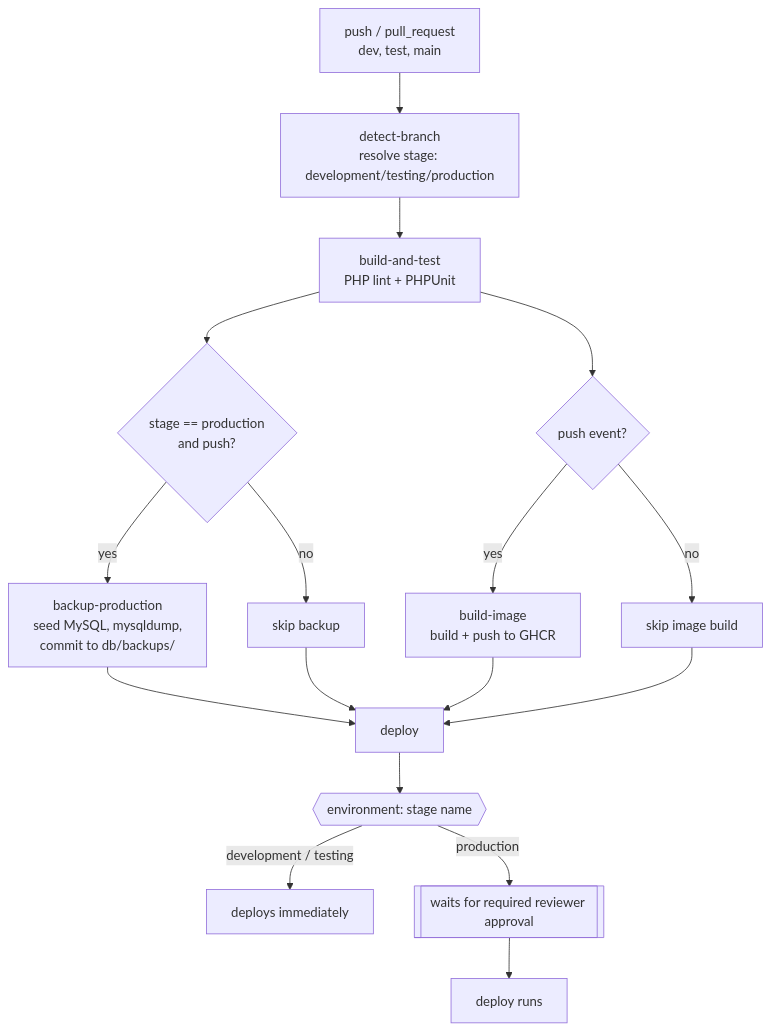
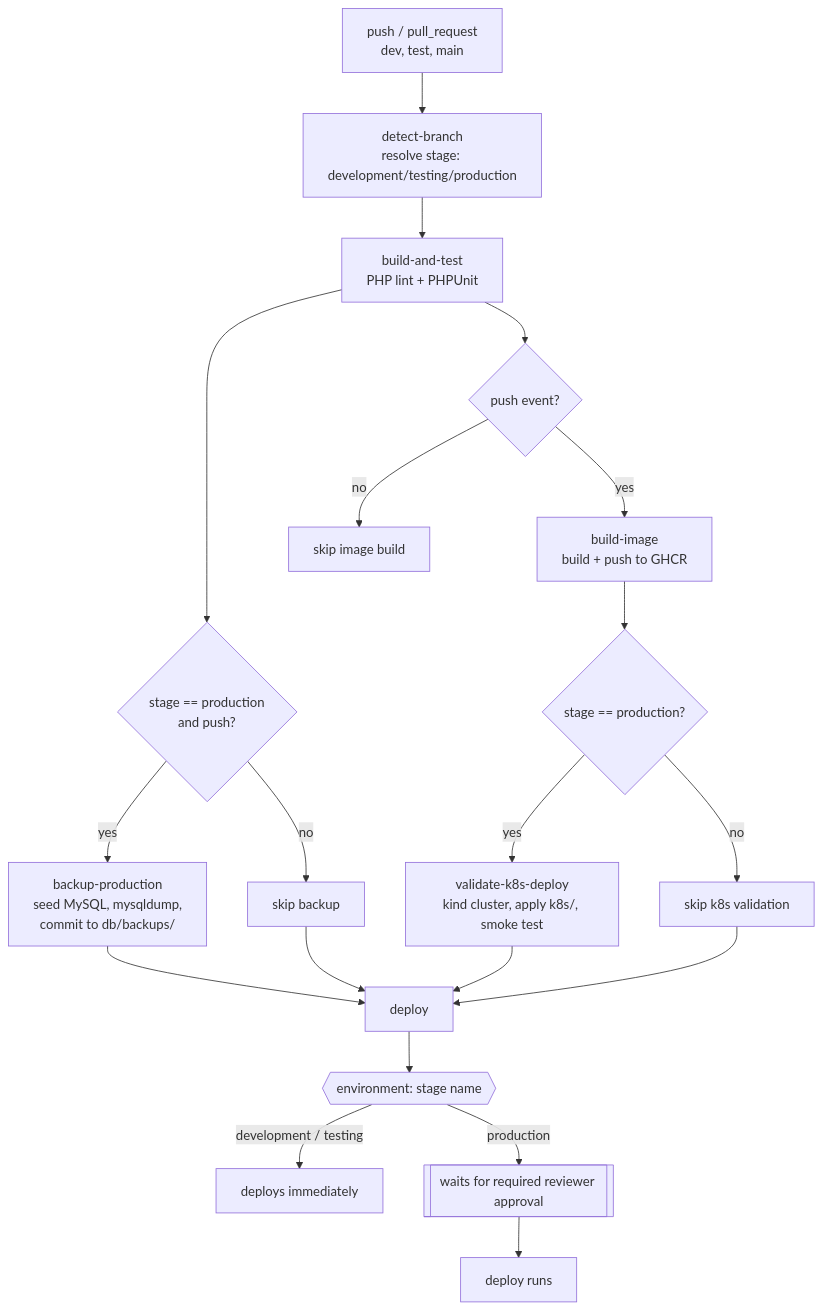
Before and after one commit to rizwanreaz/cicd-approval-demo: the diagram in README.md, drawn with Mermaid. The commit also changed other lines of this file and 7 other files, not shown here.

````diff
--- a/README.md
+++ b/README.md
@@ -9,19 +9,22 @@
 ```mermaid
 flowchart TD
     A[push / pull_request<br/>dev, test, main] --> B[detect-branch<br/>resolve stage: development/testing/production]
     B --> C[build-and-test<br/>PHP lint + PHPUnit]
     C --> D{stage == production<br/>and push?}
     D -- yes --> E[backup-production<br/>seed MySQL, mysqldump,<br/>commit to db/backups/]
     D -- no --> F[skip backup]
     C --> P{push event?}
     P -- yes --> Q[build-image<br/>build + push to GHCR]
     P -- no --> R[skip image build]
+    Q --> S{stage == production?}
+    S -- yes --> T[validate-k8s-deploy<br/>kind cluster, apply k8s/, smoke test]
+    S -- no --> U[skip k8s validation]
     E --> G[deploy]
     F --> G[deploy]
-    Q --> G[deploy]
-    R --> G[deploy]
+    T --> G[deploy]
+    U --> G[deploy]
     G --> H{{environment: stage name}}
     H -- development / testing --> I[deploys immediately]
     H -- production --> J[[waits for required reviewer approval]]
     J --> K[deploy runs]
 ```
````
